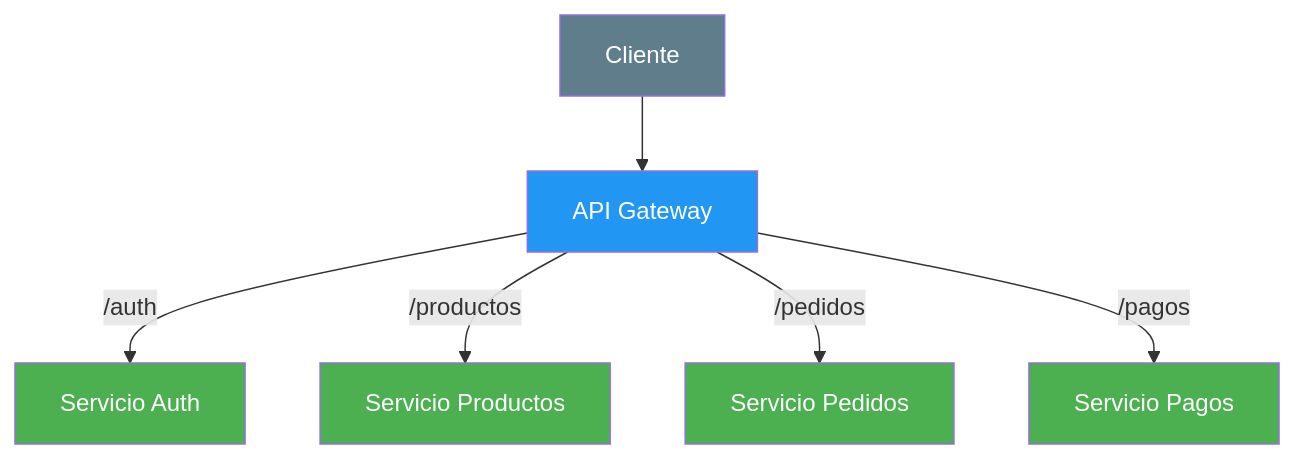
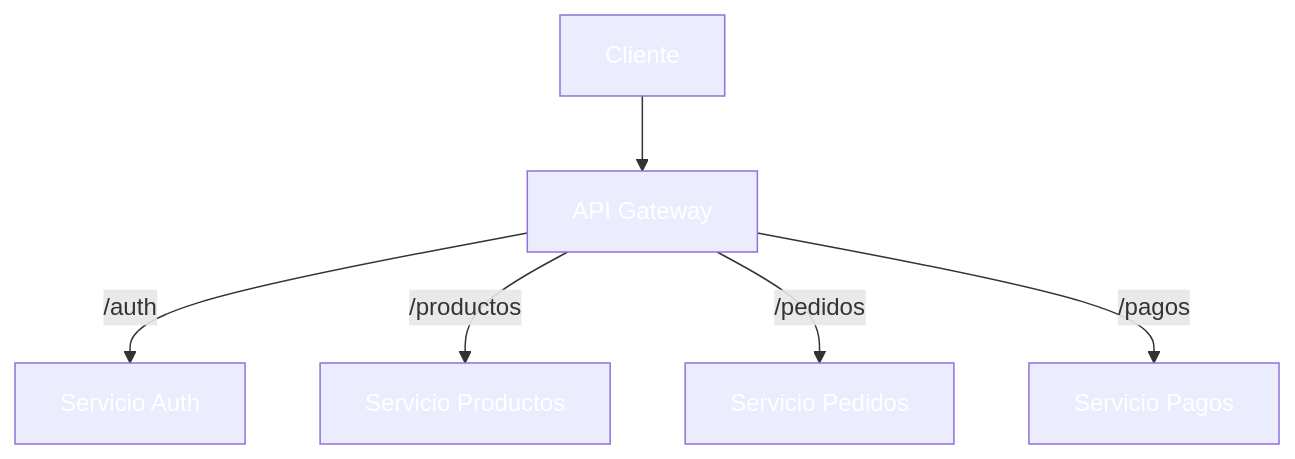
Before and after one commit to joseluisgs/DesarrolloWebEntornosServidor-02-2026-2027: the fifth of 10 diagrams in 31-api-gateway.md, drawn with Mermaid. The commit also changed other lines of this file and 41 other files, not shown here.

````diff
--- a/31-api-gateway.md
+++ b/31-api-gateway.md
@@ -210,14 +210,14 @@
 ```mermaid
 graph TD
     CL["Cliente"] --> GW["API Gateway"]
     GW -->|/auth| A["Servicio Auth"]
     GW -->|/productos| P["Servicio Productos"]
     GW -->|/pedidos| PD["Servicio Pedidos"]
     GW -->|/pagos| PG["Servicio Pagos"]
-    style CL fill:#607D8B,color:#fff
-    style GW fill:#2196F3,color:#fff
-    style A fill:#4CAF50,color:#fff
-    style P fill:#4CAF50,color:#fff
-    style PD fill:#4CAF50,color:#fff
-    style PG fill:#4CAF50,color:#fff
+    style CL fill:#607D8,color:#fffB,color:#fff
+    style GW fill:#2196F,color:#fff3,color:#fff
+    style A fill:#4CAF5,color:#fff0,color:#fff
+    style P fill:#4CAF5,color:#fff0,color:#fff
+    style PD fill:#4CAF5,color:#fff0,color:#fff
+    style PG fill:#4CAF5,color:#fff0,color:#fff
 ```
````
